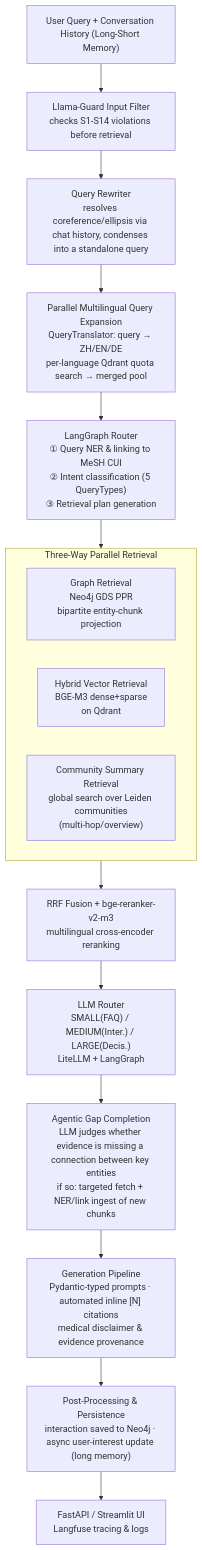
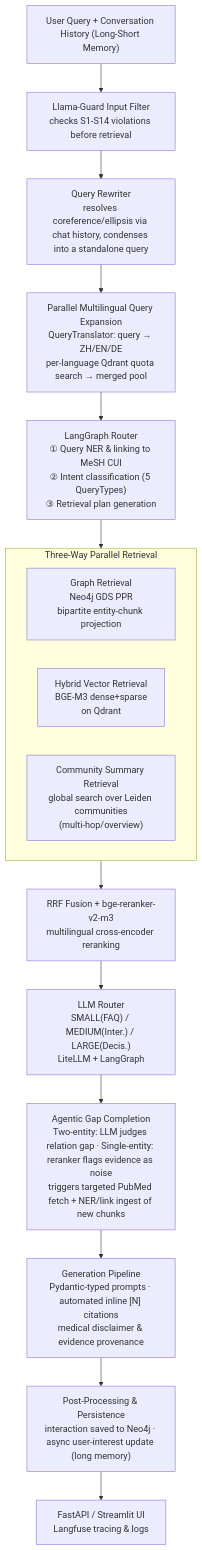
One commit to YikunHuang123/MedGraphia changed the third of 3 diagrams in README.md. Above: the diagram before and after it, drawn with Mermaid. The commit also changed other lines of this file and 10 other files, not shown here.

Commit message:
feat: add per-user long-term QA memory (graph-based, LRU-reinforced) and no_evidence-triggered single-entity gap completion; fix remaining chitchat-routing false positives (NER on "hi"/"bye", self-reference keyword bypass)

````diff
--- a/README.md
+++ b/README.md
@@ -162,25 +195,25 @@
 ```mermaid
 flowchart TD
     INPUT["User Query + Conversation History (Long-Short Memory)"]
     GUARD["Llama-Guard Input Filter<br/>checks S1-S14 violations before retrieval"]
     REWRITE["Query Rewriter<br/>resolves coreference/ellipsis via chat history, condenses into a standalone query"]
     EXPAND["Parallel Multilingual Query Expansion<br/>QueryTranslator: query → ZH/EN/DE<br/>per-language Qdrant quota search → merged pool"]
     ROUTE["LangGraph Router<br/>① Query NER & linking to MeSH CUI<br/>② Intent classification (5 QueryTypes)<br/>③ Retrieval plan generation"]
 
     subgraph RETRIEVE["Three-Way Parallel Retrieval"]
         direction LR
         GRAPH["Graph Retrieval<br/>Neo4j GDS PPR<br/>bipartite entity-chunk projection"]
         VECTOR["Hybrid Vector Retrieval<br/>BGE-M3 dense+sparse<br/>on Qdrant"]
         COMMUNITY["Community Summary Retrieval<br/>global search over Leiden communities<br/>(multi-hop/overview)"]
     end
 
     FUSION["RRF Fusion + bge-reranker-v2-m3<br/>multilingual cross-encoder reranking"]
     LLMROUTE["LLM Router<br/>SMALL(FAQ) / MEDIUM(Inter.) / LARGE(Decis.)<br/>LiteLLM + LangGraph"]
-    GAP["Agentic Gap Completion<br/>LLM judges whether evidence is missing a connection between key entities<br/>if so: targeted fetch + NER/link ingest of new chunks"]
+    GAP["Agentic Gap Completion<br/>Two-entity: LLM judges relation gap · Single-entity: reranker flags evidence as noise<br/>triggers targeted PubMed fetch + NER/link ingest of new chunks"]
     GEN["Generation Pipeline<br/>Pydantic-typed prompts · automated inline [N] citations<br/>medical disclaimer & evidence provenance"]
     PERSIST["Post-Processing & Persistence<br/>interaction saved to Neo4j · async user-interest update (long memory)"]
     UI["FastAPI / Streamlit UI<br/>Langfuse tracing & logs"]
 
     INPUT --> GUARD --> REWRITE --> EXPAND --> ROUTE --> RETRIEVE
     RETRIEVE --> FUSION --> LLMROUTE --> GAP --> GEN --> PERSIST --> UI
 ```
````
